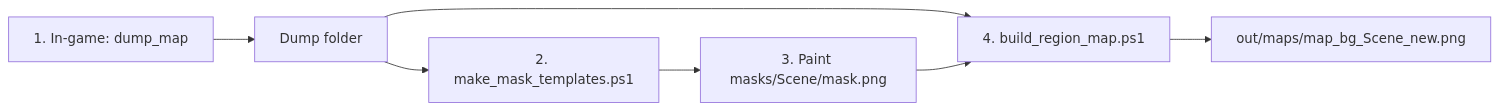
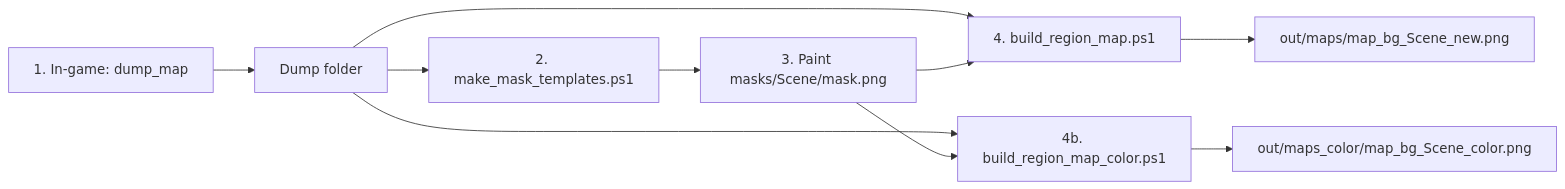
The diagram in README.md (Apollo1298/TerrainDumper), drawn with Mermaid before and after one commit. The commit also changed other lines of this file and 80 other files, not shown here.

````diff
--- a/README.md
+++ b/README.md
@@ -18,9 +19,12 @@
 ```mermaid
 flowchart LR
   Dump["1. In-game: dump_map"] --> Raw["Dump folder"]
   Raw --> Tpl["2. make_mask_templates.ps1"]
   Tpl --> Paint["3. Paint masks/Scene/mask.png"]
   Raw --> Build["4. build_region_map.ps1"]
+  Raw --> BuildColor["4b. build_region_map_color.ps1"]
   Paint --> Build
+  Paint --> BuildColor
   Build --> Out["out/maps/map_bg_Scene_new.png"]
+  BuildColor --> OutColor["out/maps_color/map_bg_Scene_color.png"]
 ```
````
